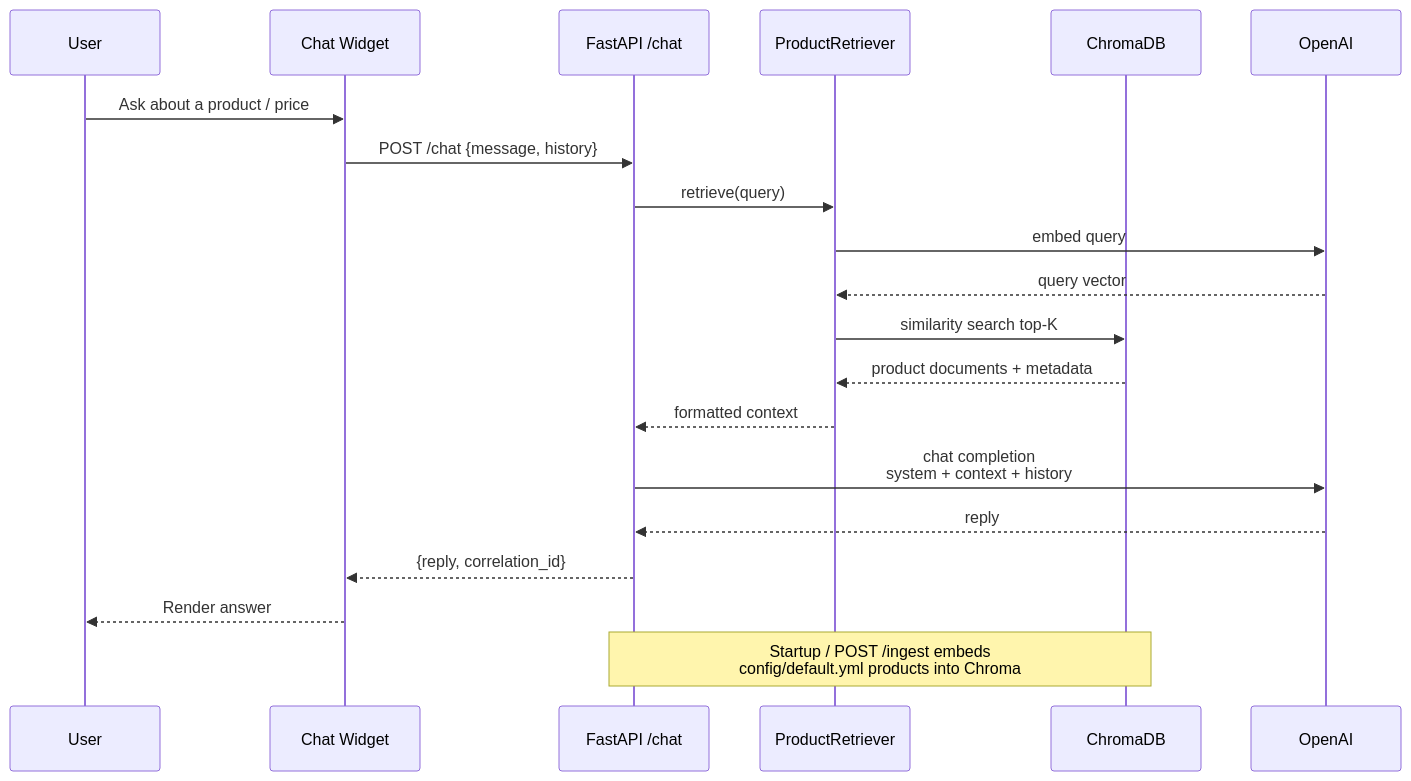
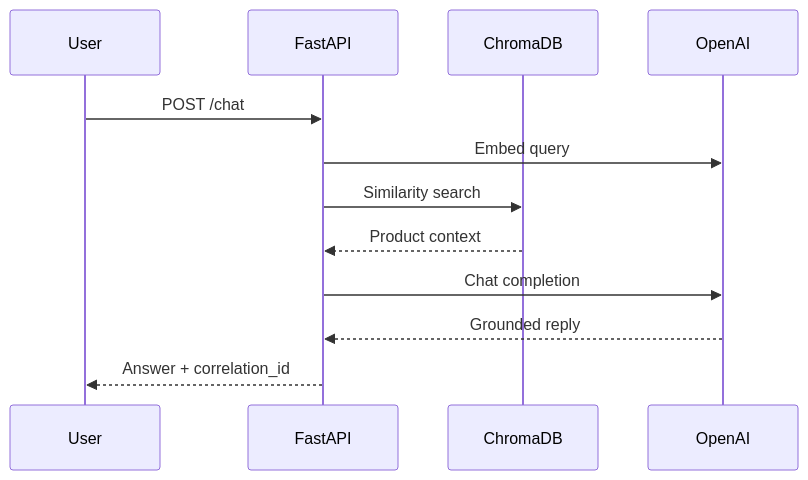
One commit to amaninsa/owasp-juiceshop-chatbot changed the sixth of 7 diagrams in docs/architecture.md. Above: the diagram before and after it, drawn with Mermaid. The commit also changed other lines of this file and 129 other files, not shown here.

````diff
--- a/docs/architecture.md
+++ b/docs/architecture.md
@@ -163,24 +138,14 @@
 ```mermaid
 sequenceDiagram
   participant U as User
-  participant W as Chat Widget
-  participant API as FastAPI /chat
-  participant R as ProductRetriever
+  participant API as FastAPI
   participant C as ChromaDB
   participant O as OpenAI
-
-  U->>W: Ask about a product / price
-  W->>API: POST /chat {message, history}
-  API->>R: retrieve(query)
-  R->>O: embed query
-  O-->>R: query vector
-  R->>C: similarity search top-K
-  C-->>R: product documents + metadata
-  R-->>API: formatted context
-  API->>O: chat completion<br/>system + context + history
-  O-->>API: reply
-  API-->>W: {reply, correlation_id}
-  W-->>U: Render answer
-
-  Note over API,C: Startup / POST /ingest embeds<br/>config/default.yml products into Chroma
+  U->>API: POST /chat
+  API->>O: Embed query
+  API->>C: Similarity search
+  C-->>API: Product context
+  API->>O: Chat completion
+  O-->>API: Grounded reply
+  API-->>U: Answer + correlation_id
 ```
````
